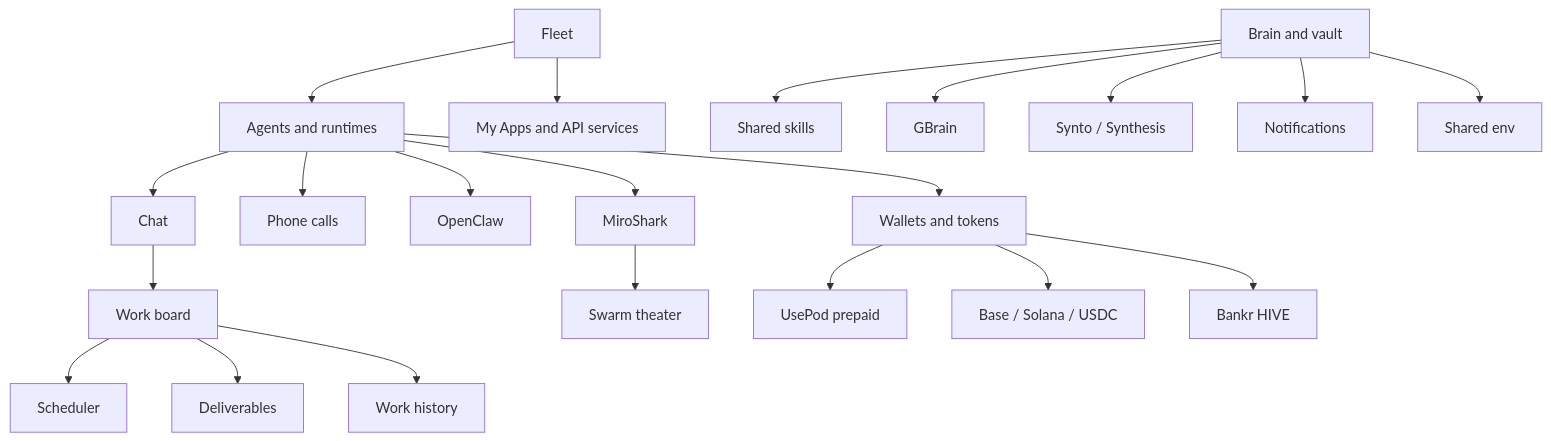
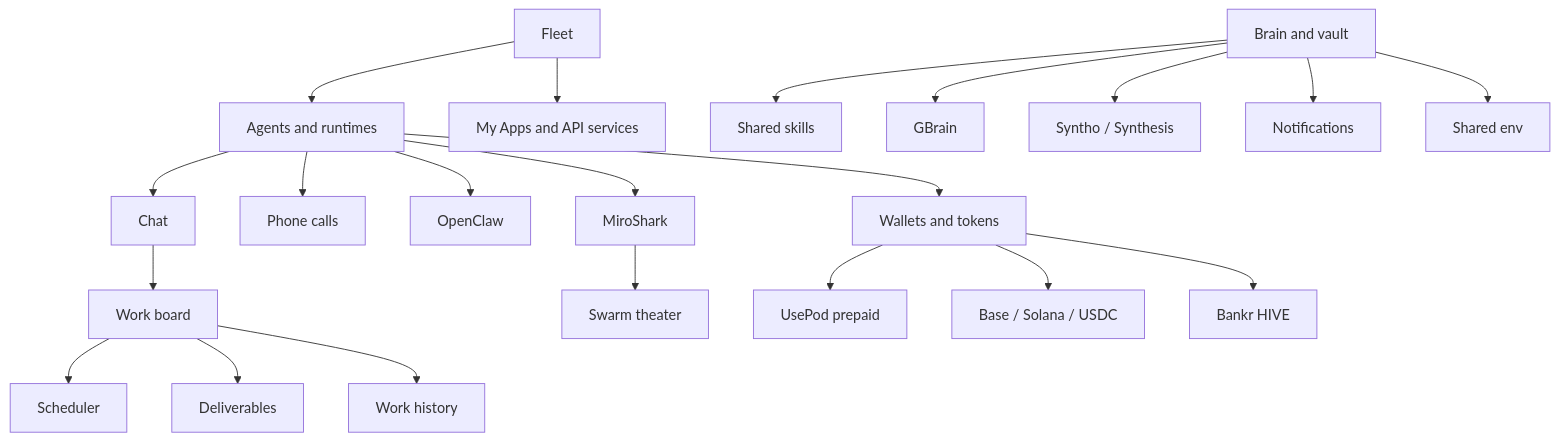
The diagram in docs/features/index.md (LiamVisionary/hivemindos), drawn with Mermaid before and after one commit. The commit also changed other lines of this file and 9 other files, not shown here.

Commit message:
Correct imagegen diagram semantics

````diff
--- a/docs/features/index.md
+++ b/docs/features/index.md
@@ -32,23 +32,23 @@
 ```mermaid
 flowchart TD
   Fleet["Fleet"] --> Runtimes["Agents and runtimes"]
   Fleet --> Apps["My Apps and API services"]
   Runtimes --> Chat["Chat"]
   Runtimes --> Phone["Phone calls"]
   Chat --> Work["Work board"]
   Work --> Scheduler["Scheduler"]
   Work --> Deliverables["Deliverables"]
   Work --> History["Work history"]
   Vault["Brain and vault"] --> Skills["Shared skills"]
   Vault --> GBrain["GBrain"]
-  Vault --> Synto["Synto / Synthesis"]
+  Vault --> Syntho["Syntho / Synthesis"]
   Vault --> Notifications["Notifications"]
   Vault --> Env["Shared env"]
   Runtimes --> OpenClaw["OpenClaw"]
   Runtimes --> MiroShark["MiroShark"]
   MiroShark --> Swarm["Swarm theater"]
   Runtimes --> Wallets["Wallets and tokens"]
   Wallets --> UsePod["UsePod prepaid"]
   Wallets --> TokenRails["Base / Solana / USDC"]
   Wallets --> Bankr["Bankr HIVE"]
 ```
````
